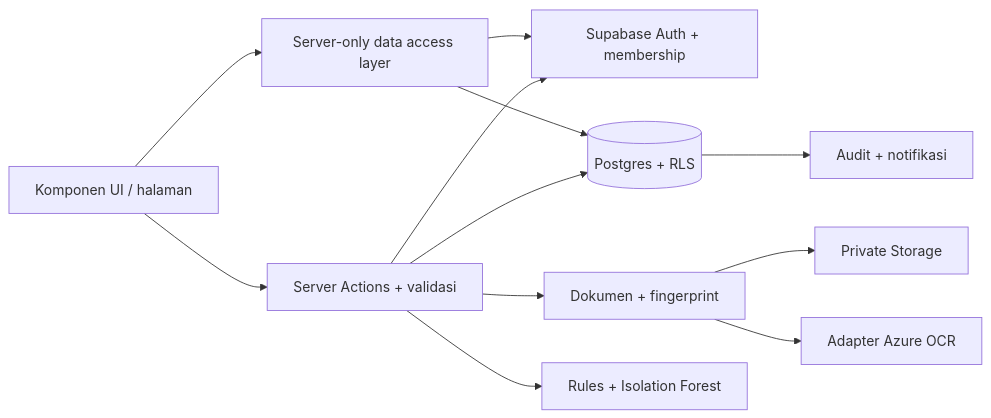
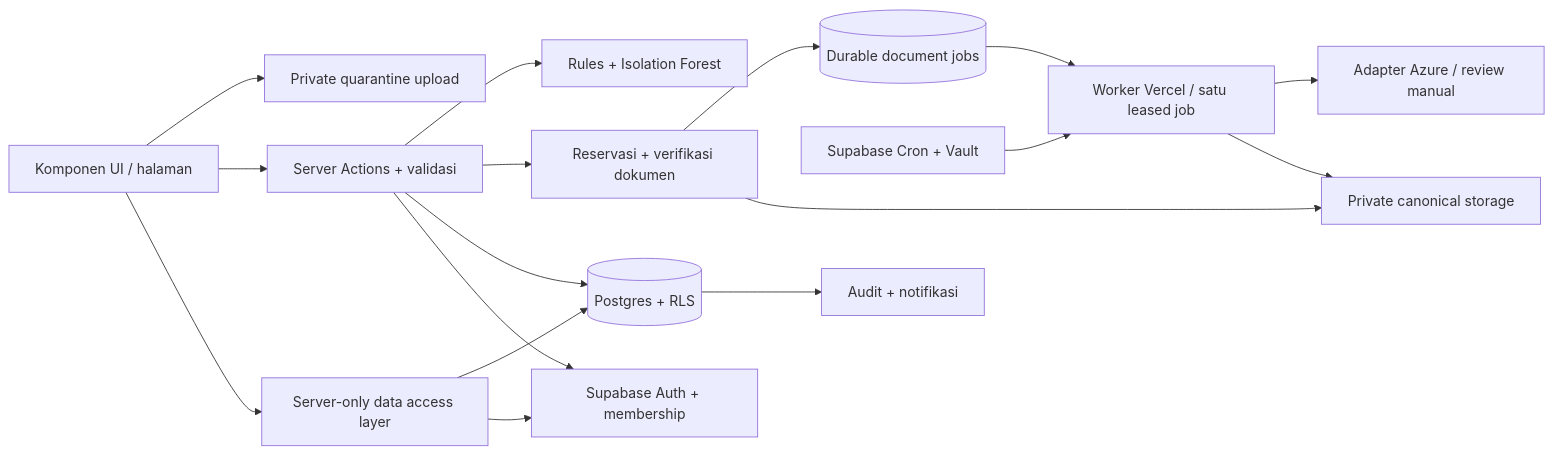
One commit to gedehadrian/invofin changed the diagram in docs/ARCHITECTURE.md. Above: the diagram before and after it, drawn with Mermaid. The commit also changed other lines of this file and 28 other files, not shown here.

````diff
--- a/docs/ARCHITECTURE.md
+++ b/docs/ARCHITECTURE.md
@@ -9,14 +9,19 @@
 ```mermaid
 flowchart LR
   UI[Komponen UI / halaman] --> DAL[Server-only data access layer]
   UI --> Actions[Server Actions + validasi]
   DAL --> Auth[Supabase Auth + membership]
   Actions --> Auth
   DAL --> DB[(Postgres + RLS)]
   Actions --> DB
-  Actions --> Docs[Dokumen + fingerprint]
-  Docs --> Storage[Private Storage]
-  Docs --> OCR[Adapter Azure OCR]
+  Actions --> Docs[Reservasi + verifikasi dokumen]
+  UI --> Quarantine[Private quarantine upload]
+  Docs --> Storage[Private canonical storage]
+  Docs --> Jobs[(Durable document jobs)]
+  Cron[Supabase Cron + Vault] --> Worker[Worker Vercel / satu leased job]
+  Jobs --> Worker
+  Worker --> Storage
+  Worker --> OCR[Adapter Azure / review manual]
   Actions --> Risk[Rules + Isolation Forest]
   DB --> Audit[Audit + notifikasi]
 ```
````
